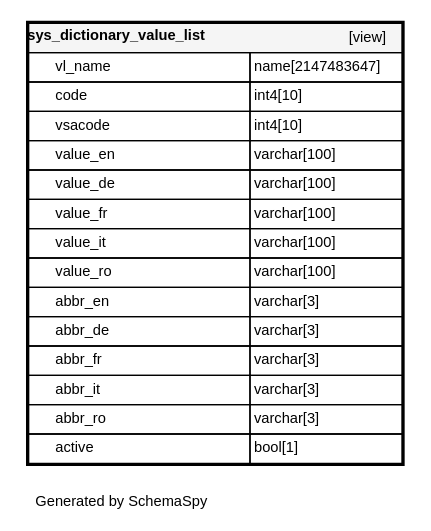
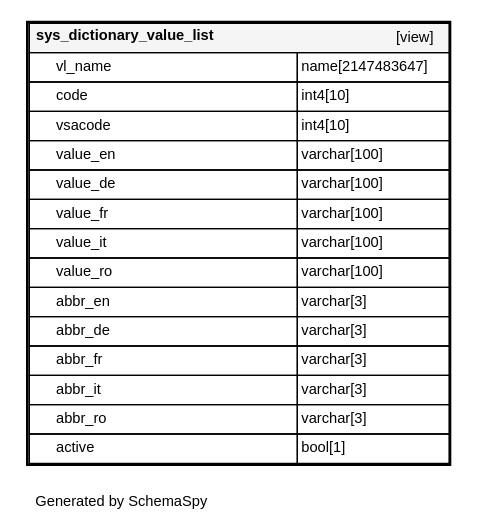
One commit to teksi/district_heating changed the diagram in en/_static/datamodel/tdh_app/diagrams/tables/sys_dictionary_value_list.1degree.dot. Above: the diagram before and after it, drawn with Graphviz. The commit also changed 1353 other files, not shown here.

```diff
--- a/en/_static/datamodel/tdh_app/diagrams/tables/sys_dictionary_value_list.1degree.dot
+++ b/en/_static/datamodel/tdh_app/diagrams/tables/sys_dictionary_value_list.1degree.dot
@@ -1,26 +1,26 @@
 digraph "oneDegreeRelationshipsDiagram" {
-  graph [    rankdir="RL"    bgcolor="#ffffff"    label="\nGenerated by SchemaSpy"    labeljust="l"    nodesep="0.18"    ranksep="0.46"    fontname="Helvetica"    fontsize="11"    ration="compress"  ];  node [    fontname="Helvetica"    fontsize="11"    shape="plaintext"  ];  edge [    arrowsize="0.8"  ];
+  graph [    rankdir="RL"    bgcolor="#ffffff"    label="\nGenerated by SchemaSpy"    labeljust="l"    nodesep="0.18"    ranksep="0.46"    fontname="Helvetica"    fontsize="11"    packmode="graph"  ];  node [    fontname="Helvetica"    fontsize="11"    shape="plaintext"  ];  edge [    arrowsize="0.8"  ];
   "sys_dictionary_value_list" [
    label=<
     <TABLE BORDER="2" CELLBORDER="1" CELLSPACING="0" BGCOLOR="#ffffff">
-      <TR><TD COLSPAN="4"  BGCOLOR="#f5f5f5"><TABLE BORDER="0" CELLSPACING="0"><TR><TD ALIGN="LEFT" FIXEDSIZE="TRUE" WIDTH="145" HEIGHT="16"><B>sys_dictionary_value_list</B></TD><TD ALIGN="RIGHT">[view]</TD></TR></TABLE></TD></TR>
-      <TR><TD PORT="vl_name" COLSPAN="2" ALIGN="LEFT"><TABLE BORDER="0" CELLSPACING="0" ALIGN="LEFT"><TR ALIGN="LEFT"><TD ALIGN="LEFT" FIXEDSIZE="TRUE" WIDTH="15" HEIGHT="16"></TD><TD ALIGN="LEFT" FIXEDSIZE="TRUE" WIDTH="145" HEIGHT="16">vl_name</TD></TR></TABLE></TD><TD PORT="vl_name.type" ALIGN="LEFT">name[2147483647]</TD></TR>
-      <TR><TD PORT="code" COLSPAN="2" ALIGN="LEFT"><TABLE BORDER="0" CELLSPACING="0" ALIGN="LEFT"><TR ALIGN="LEFT"><TD ALIGN="LEFT" FIXEDSIZE="TRUE" WIDTH="15" HEIGHT="16"></TD><TD ALIGN="LEFT" FIXEDSIZE="TRUE" WIDTH="145" HEIGHT="16">code</TD></TR></TABLE></TD><TD PORT="code.type" ALIGN="LEFT">int4[10]</TD></TR>
-      <TR><TD PORT="vsacode" COLSPAN="2" ALIGN="LEFT"><TABLE BORDER="0" CELLSPACING="0" ALIGN="LEFT"><TR ALIGN="LEFT"><TD ALIGN="LEFT" FIXEDSIZE="TRUE" WIDTH="15" HEIGHT="16"></TD><TD ALIGN="LEFT" FIXEDSIZE="TRUE" WIDTH="145" HEIGHT="16">vsacode</TD></TR></TABLE></TD><TD PORT="vsacode.type" ALIGN="LEFT">int4[10]</TD></TR>
-      <TR><TD PORT="value_en" COLSPAN="2" ALIGN="LEFT"><TABLE BORDER="0" CELLSPACING="0" ALIGN="LEFT"><TR ALIGN="LEFT"><TD ALIGN="LEFT" FIXEDSIZE="TRUE" WIDTH="15" HEIGHT="16"></TD><TD ALIGN="LEFT" FIXEDSIZE="TRUE" WIDTH="145" HEIGHT="16">value_en</TD></TR></TABLE></TD><TD PORT="value_en.type" ALIGN="LEFT">varchar[100]</TD></TR>
-      <TR><TD PORT="value_de" COLSPAN="2" ALIGN="LEFT"><TABLE BORDER="0" CELLSPACING="0" ALIGN="LEFT"><TR ALIGN="LEFT"><TD ALIGN="LEFT" FIXEDSIZE="TRUE" WIDTH="15" HEIGHT="16"></TD><TD ALIGN="LEFT" FIXEDSIZE="TRUE" WIDTH="145" HEIGHT="16">value_de</TD></TR></TABLE></TD><TD PORT="value_de.type" ALIGN="LEFT">varchar[100]</TD></TR>
-      <TR><TD PORT="value_fr" COLSPAN="2" ALIGN="LEFT"><TABLE BORDER="0" CELLSPACING="0" ALIGN="LEFT"><TR ALIGN="LEFT"><TD ALIGN="LEFT" FIXEDSIZE="TRUE" WIDTH="15" HEIGHT="16"></TD><TD ALIGN="LEFT" FIXEDSIZE="TRUE" WIDTH="145" HEIGHT="16">value_fr</TD></TR></TABLE></TD><TD PORT="value_fr.type" ALIGN="LEFT">varchar[100]</TD></TR>
-      <TR><TD PORT="value_it" COLSPAN="2" ALIGN="LEFT"><TABLE BORDER="0" CELLSPACING="0" ALIGN="LEFT"><TR ALIGN="LEFT"><TD ALIGN="LEFT" FIXEDSIZE="TRUE" WIDTH="15" HEIGHT="16"></TD><TD ALIGN="LEFT" FIXEDSIZE="TRUE" WIDTH="145" HEIGHT="16">value_it</TD></TR></TABLE></TD><TD PORT="value_it.type" ALIGN="LEFT">varchar[100]</TD></TR>
-      <TR><TD PORT="value_ro" COLSPAN="2" ALIGN="LEFT"><TABLE BORDER="0" CELLSPACING="0" ALIGN="LEFT"><TR ALIGN="LEFT"><TD ALIGN="LEFT" FIXEDSIZE="TRUE" WIDTH="15" HEIGHT="16"></TD><TD ALIGN="LEFT" FIXEDSIZE="TRUE" WIDTH="145" HEIGHT="16">value_ro</TD></TR></TABLE></TD><TD PORT="value_ro.type" ALIGN="LEFT">varchar[100]</TD></TR>
-      <TR><TD PORT="abbr_en" COLSPAN="2" ALIGN="LEFT"><TABLE BORDER="0" CELLSPACING="0" ALIGN="LEFT"><TR ALIGN="LEFT"><TD ALIGN="LEFT" FIXEDSIZE="TRUE" WIDTH="15" HEIGHT="16"></TD><TD ALIGN="LEFT" FIXEDSIZE="TRUE" WIDTH="145" HEIGHT="16">abbr_en</TD></TR></TABLE></TD><TD PORT="abbr_en.type" ALIGN="LEFT">varchar[3]</TD></TR>
-      <TR><TD PORT="abbr_de" COLSPAN="2" ALIGN="LEFT"><TABLE BORDER="0" CELLSPACING="0" ALIGN="LEFT"><TR ALIGN="LEFT"><TD ALIGN="LEFT" FIXEDSIZE="TRUE" WIDTH="15" HEIGHT="16"></TD><TD ALIGN="LEFT" FIXEDSIZE="TRUE" WIDTH="145" HEIGHT="16">abbr_de</TD></TR></TABLE></TD><TD PORT="abbr_de.type" ALIGN="LEFT">varchar[3]</TD></TR>
-      <TR><TD PORT="abbr_fr" COLSPAN="2" ALIGN="LEFT"><TABLE BORDER="0" CELLSPACING="0" ALIGN="LEFT"><TR ALIGN="LEFT"><TD ALIGN="LEFT" FIXEDSIZE="TRUE" WIDTH="15" HEIGHT="16"></TD><TD ALIGN="LEFT" FIXEDSIZE="TRUE" WIDTH="145" HEIGHT="16">abbr_fr</TD></TR></TABLE></TD><TD PORT="abbr_fr.type" ALIGN="LEFT">varchar[3]</TD></TR>
-      <TR><TD PORT="abbr_it" COLSPAN="2" ALIGN="LEFT"><TABLE BORDER="0" CELLSPACING="0" ALIGN="LEFT"><TR ALIGN="LEFT"><TD ALIGN="LEFT" FIXEDSIZE="TRUE" WIDTH="15" HEIGHT="16"></TD><TD ALIGN="LEFT" FIXEDSIZE="TRUE" WIDTH="145" HEIGHT="16">abbr_it</TD></TR></TABLE></TD><TD PORT="abbr_it.type" ALIGN="LEFT">varchar[3]</TD></TR>
-      <TR><TD PORT="abbr_ro" COLSPAN="2" ALIGN="LEFT"><TABLE BORDER="0" CELLSPACING="0" ALIGN="LEFT"><TR ALIGN="LEFT"><TD ALIGN="LEFT" FIXEDSIZE="TRUE" WIDTH="15" HEIGHT="16"></TD><TD ALIGN="LEFT" FIXEDSIZE="TRUE" WIDTH="145" HEIGHT="16">abbr_ro</TD></TR></TABLE></TD><TD PORT="abbr_ro.type" ALIGN="LEFT">varchar[3]</TD></TR>
-      <TR><TD PORT="active" COLSPAN="2" ALIGN="LEFT"><TABLE BORDER="0" CELLSPACING="0" ALIGN="LEFT"><TR ALIGN="LEFT"><TD ALIGN="LEFT" FIXEDSIZE="TRUE" WIDTH="15" HEIGHT="16"></TD><TD ALIGN="LEFT" FIXEDSIZE="TRUE" WIDTH="145" HEIGHT="16">active</TD></TR></TABLE></TD><TD PORT="active.type" ALIGN="LEFT">bool[1]</TD></TR>
+      <TR><TD COLSPAN="4"  BGCOLOR="#f5f5f5"><TABLE BORDER="0" CELLSPACING="0"><TR><TD ALIGN="LEFT" FIXEDSIZE="TRUE" WIDTH="180" HEIGHT="16"><B>sys_dictionary_value_list</B></TD><TD ALIGN="RIGHT">[view]</TD></TR></TABLE></TD></TR>
+      <TR><TD PORT="vl_name" COLSPAN="2" ALIGN="LEFT"><TABLE BORDER="0" CELLSPACING="0" ALIGN="LEFT"><TR ALIGN="LEFT"><TD ALIGN="LEFT" FIXEDSIZE="TRUE" WIDTH="15" HEIGHT="16"></TD><TD ALIGN="LEFT" FIXEDSIZE="TRUE" WIDTH="180" HEIGHT="16">vl_name</TD></TR></TABLE></TD><TD PORT="vl_name.type" ALIGN="LEFT">name[2147483647]</TD></TR>
+      <TR><TD PORT="code" COLSPAN="2" ALIGN="LEFT"><TABLE BORDER="0" CELLSPACING="0" ALIGN="LEFT"><TR ALIGN="LEFT"><TD ALIGN="LEFT" FIXEDSIZE="TRUE" WIDTH="15" HEIGHT="16"></TD><TD ALIGN="LEFT" FIXEDSIZE="TRUE" WIDTH="180" HEIGHT="16">code</TD></TR></TABLE></TD><TD PORT="code.type" ALIGN="LEFT">int4[10]</TD></TR>
+      <TR><TD PORT="vsacode" COLSPAN="2" ALIGN="LEFT"><TABLE BORDER="0" CELLSPACING="0" ALIGN="LEFT"><TR ALIGN="LEFT"><TD ALIGN="LEFT" FIXEDSIZE="TRUE" WIDTH="15" HEIGHT="16"></TD><TD ALIGN="LEFT" FIXEDSIZE="TRUE" WIDTH="180" HEIGHT="16">vsacode</TD></TR></TABLE></TD><TD PORT="vsacode.type" ALIGN="LEFT">int4[10]</TD></TR>
+      <TR><TD PORT="value_en" COLSPAN="2" ALIGN="LEFT"><TABLE BORDER="0" CELLSPACING="0" ALIGN="LEFT"><TR ALIGN="LEFT"><TD ALIGN="LEFT" FIXEDSIZE="TRUE" WIDTH="15" HEIGHT="16"></TD><TD ALIGN="LEFT" FIXEDSIZE="TRUE" WIDTH="180" HEIGHT="16">value_en</TD></TR></TABLE></TD><TD PORT="value_en.type" ALIGN="LEFT">varchar[100]</TD></TR>
+      <TR><TD PORT="value_de" COLSPAN="2" ALIGN="LEFT"><TABLE BORDER="0" CELLSPACING="0" ALIGN="LEFT"><TR ALIGN="LEFT"><TD ALIGN="LEFT" FIXEDSIZE="TRUE" WIDTH="15" HEIGHT="16"></TD><TD ALIGN="LEFT" FIXEDSIZE="TRUE" WIDTH="180" HEIGHT="16">value_de</TD></TR></TABLE></TD><TD PORT="value_de.type" ALIGN="LEFT">varchar[100]</TD></TR>
+      <TR><TD PORT="value_fr" COLSPAN="2" ALIGN="LEFT"><TABLE BORDER="0" CELLSPACING="0" ALIGN="LEFT"><TR ALIGN="LEFT"><TD ALIGN="LEFT" FIXEDSIZE="TRUE" WIDTH="15" HEIGHT="16"></TD><TD ALIGN="LEFT" FIXEDSIZE="TRUE" WIDTH="180" HEIGHT="16">value_fr</TD></TR></TABLE></TD><TD PORT="value_fr.type" ALIGN="LEFT">varchar[100]</TD></TR>
+      <TR><TD PORT="value_it" COLSPAN="2" ALIGN="LEFT"><TABLE BORDER="0" CELLSPACING="0" ALIGN="LEFT"><TR ALIGN="LEFT"><TD ALIGN="LEFT" FIXEDSIZE="TRUE" WIDTH="15" HEIGHT="16"></TD><TD ALIGN="LEFT" FIXEDSIZE="TRUE" WIDTH="180" HEIGHT="16">value_it</TD></TR></TABLE></TD><TD PORT="value_it.type" ALIGN="LEFT">varchar[100]</TD></TR>
+      <TR><TD PORT="value_ro" COLSPAN="2" ALIGN="LEFT"><TABLE BORDER="0" CELLSPACING="0" ALIGN="LEFT"><TR ALIGN="LEFT"><TD ALIGN="LEFT" FIXEDSIZE="TRUE" WIDTH="15" HEIGHT="16"></TD><TD ALIGN="LEFT" FIXEDSIZE="TRUE" WIDTH="180" HEIGHT="16">value_ro</TD></TR></TABLE></TD><TD PORT="value_ro.type" ALIGN="LEFT">varchar[100]</TD></TR>
+      <TR><TD PORT="abbr_en" COLSPAN="2" ALIGN="LEFT"><TABLE BORDER="0" CELLSPACING="0" ALIGN="LEFT"><TR ALIGN="LEFT"><TD ALIGN="LEFT" FIXEDSIZE="TRUE" WIDTH="15" HEIGHT="16"></TD><TD ALIGN="LEFT" FIXEDSIZE="TRUE" WIDTH="180" HEIGHT="16">abbr_en</TD></TR></TABLE></TD><TD PORT="abbr_en.type" ALIGN="LEFT">varchar[3]</TD></TR>
+      <TR><TD PORT="abbr_de" COLSPAN="2" ALIGN="LEFT"><TABLE BORDER="0" CELLSPACING="0" ALIGN="LEFT"><TR ALIGN="LEFT"><TD ALIGN="LEFT" FIXEDSIZE="TRUE" WIDTH="15" HEIGHT="16"></TD><TD ALIGN="LEFT" FIXEDSIZE="TRUE" WIDTH="180" HEIGHT="16">abbr_de</TD></TR></TABLE></TD><TD PORT="abbr_de.type" ALIGN="LEFT">varchar[3]</TD></TR>
+      <TR><TD PORT="abbr_fr" COLSPAN="2" ALIGN="LEFT"><TABLE BORDER="0" CELLSPACING="0" ALIGN="LEFT"><TR ALIGN="LEFT"><TD ALIGN="LEFT" FIXEDSIZE="TRUE" WIDTH="15" HEIGHT="16"></TD><TD ALIGN="LEFT" FIXEDSIZE="TRUE" WIDTH="180" HEIGHT="16">abbr_fr</TD></TR></TABLE></TD><TD PORT="abbr_fr.type" ALIGN="LEFT">varchar[3]</TD></TR>
+      <TR><TD PORT="abbr_it" COLSPAN="2" ALIGN="LEFT"><TABLE BORDER="0" CELLSPACING="0" ALIGN="LEFT"><TR ALIGN="LEFT"><TD ALIGN="LEFT" FIXEDSIZE="TRUE" WIDTH="15" HEIGHT="16"></TD><TD ALIGN="LEFT" FIXEDSIZE="TRUE" WIDTH="180" HEIGHT="16">abbr_it</TD></TR></TABLE></TD><TD PORT="abbr_it.type" ALIGN="LEFT">varchar[3]</TD></TR>
+      <TR><TD PORT="abbr_ro" COLSPAN="2" ALIGN="LEFT"><TABLE BORDER="0" CELLSPACING="0" ALIGN="LEFT"><TR ALIGN="LEFT"><TD ALIGN="LEFT" FIXEDSIZE="TRUE" WIDTH="15" HEIGHT="16"></TD><TD ALIGN="LEFT" FIXEDSIZE="TRUE" WIDTH="180" HEIGHT="16">abbr_ro</TD></TR></TABLE></TD><TD PORT="abbr_ro.type" ALIGN="LEFT">varchar[3]</TD></TR>
+      <TR><TD PORT="active" COLSPAN="2" ALIGN="LEFT"><TABLE BORDER="0" CELLSPACING="0" ALIGN="LEFT"><TR ALIGN="LEFT"><TD ALIGN="LEFT" FIXEDSIZE="TRUE" WIDTH="15" HEIGHT="16"></TD><TD ALIGN="LEFT" FIXEDSIZE="TRUE" WIDTH="180" HEIGHT="16">active</TD></TR></TABLE></TD><TD PORT="active.type" ALIGN="LEFT">bool[1]</TD></TR>
     </TABLE>>
     URL="../../tables/sys_dictionary_value_list.html"
     target="_top"
     tooltip="sys_dictionary_value_list"
   ];
 }
```
